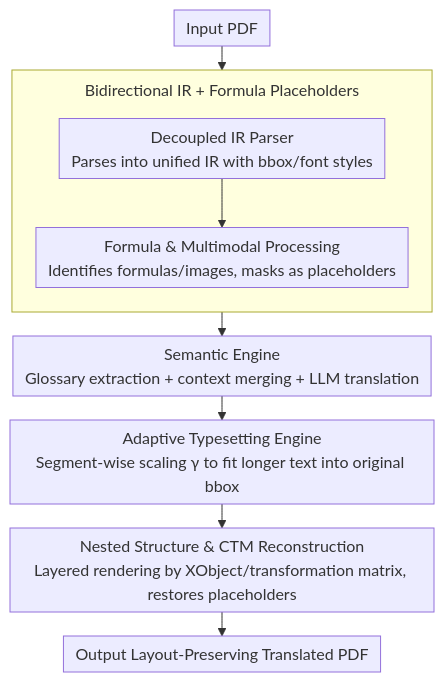
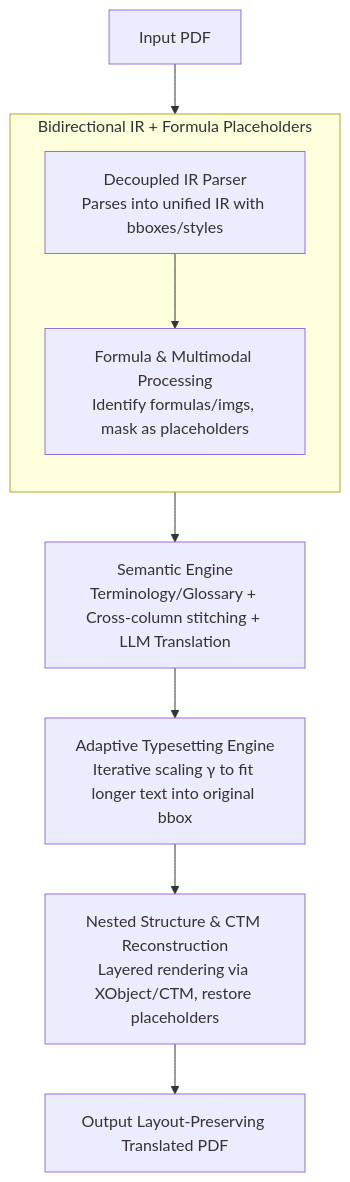
One commit to zhaoyang97/Paper-Notes-en changed the diagram in docs/ACL2026/multilingual_mt/babeldoc_better_layout-preserving_pdf_translation_via_intermediate_representatio.md. Above: the diagram before and after it, drawn with Mermaid. The commit also changed other lines of this file and 5084 other files, not shown here.

````diff
--- a/docs/ACL2026/multilingual_mt/babeldoc_better_layout-preserving_pdf_translation_via_intermediate_representatio.md
+++ b/docs/ACL2026/multilingual_mt/babeldoc_better_layout-preserving_pdf_translation_via_intermediate_representatio.md
@@ -41,13 +41,12 @@
 ```mermaid
-%%{init: {'flowchart': {'rankSpacing': 24, 'nodeSpacing': 28, 'padding': 6, 'wrappingWidth': 400, 'subGraphTitleMargin': {'top': 8, 'bottom': 16}}}}%%
 flowchart TD
     A["Input PDF"] --> IR
     subgraph IR["Bidirectional IR + Formula Placeholders"]
         direction TB
-        B["Decoupled IR Parser<br/>Parses into unified IR with bbox/font styles"] --> C["Formula & Multimodal Processing<br/>Identifies formulas/images, masks as placeholders"]
+        B["Decoupled IR Parser<br/>Parses into unified IR with bboxes/styles"] --> C["Formula & Multimodal Processing<br/>Identify formulas/imgs, mask as placeholders"]
     end
-    IR --> D["Semantic Engine<br/>Glossary extraction + context merging + LLM translation"]
-    D --> E["Adaptive Typesetting Engine<br/>Segment-wise scaling γ to fit longer text into original bbox"]
-    E --> F["Nested Structure & CTM Reconstruction<br/>Layered rendering by XObject/transformation matrix, restores placeholders"]
+    IR --> D["Semantic Engine<br/>Terminology/Glossary + Cross-column stitching + LLM Translation"]
+    D --> E["Adaptive Typesetting Engine<br/>Iterative scaling γ to fit longer text into original bbox"]
+    E --> F["Nested Structure & CTM Reconstruction<br/>Layered rendering via XObject/CTM, restore placeholders"]
     F --> G["Output Layout-Preserving Translated PDF"]
 ```
````
